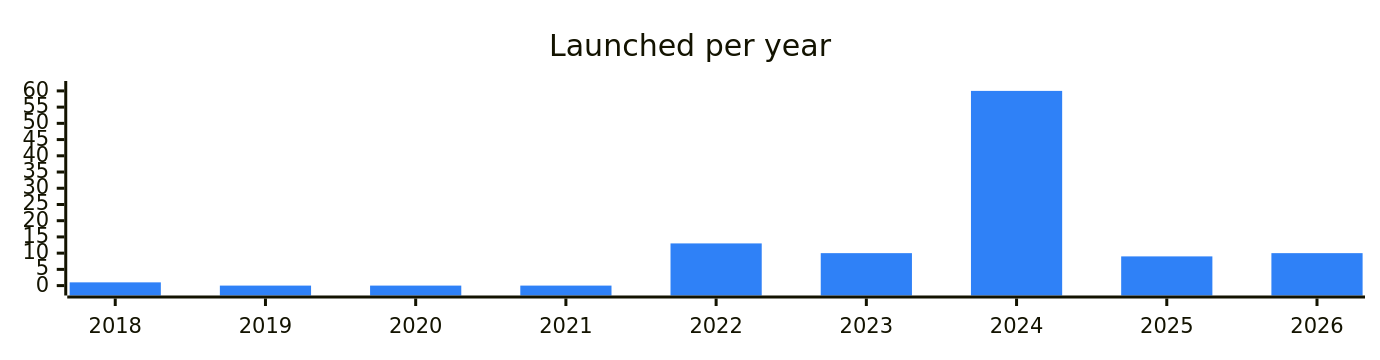
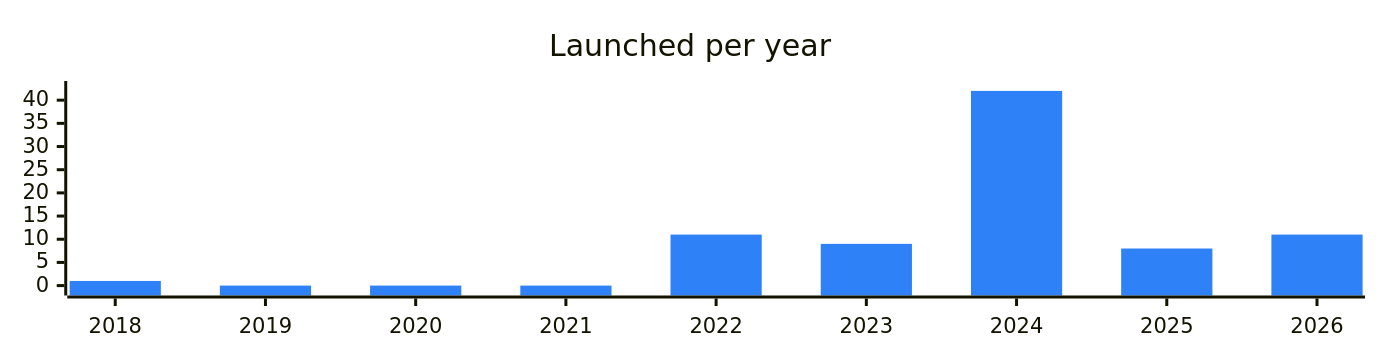
Before and after one commit to vitalikgpt/gram-ecosystem: the diagram in categories/launchpads.md, drawn with Mermaid. The commit also changed other lines of this file and 69 other files, not shown here.

````diff
--- a/categories/launchpads.md
+++ b/categories/launchpads.md
@@ -7,7 +7,7 @@
 ```mermaid
 %%{init: {"xyChart": {"width": 900, "height": 220}, "themeVariables": {"xyChart": {"plotColorPalette": "#2f81f7"}}}}%%
 xychart-beta
   title "Launched per year"
   x-axis ["2018", "2019", "2020", "2021", "2022", "2023", "2024", "2025", "2026"]
-  bar [1, 0, 0, 0, 13, 10, 60, 9, 10]
+  bar [1, 0, 0, 0, 11, 9, 42, 8, 11]
 ```
````
